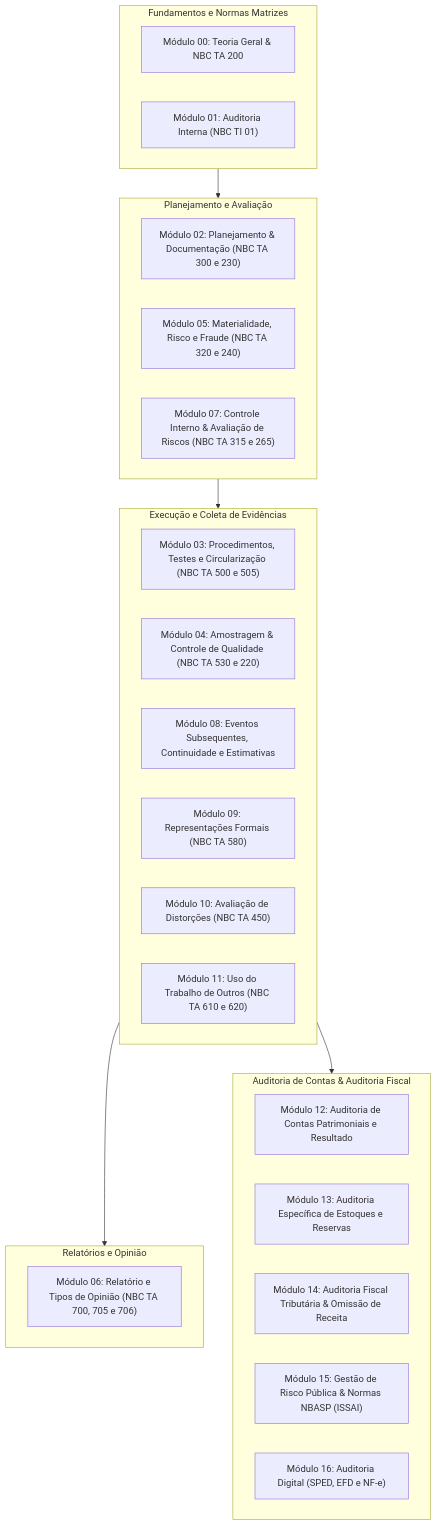
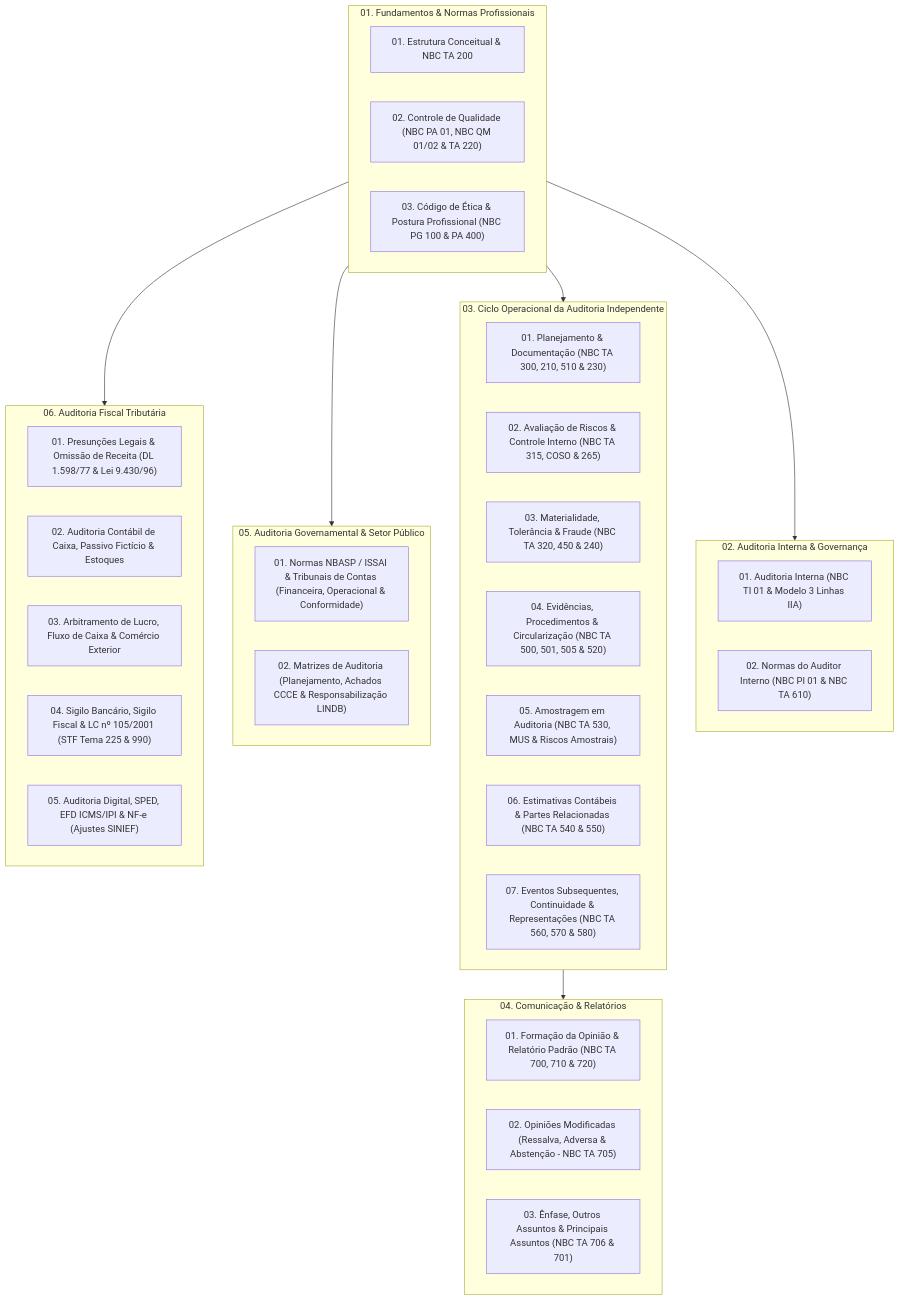
Before and after one commit to gilsonnogueira/OpenConcursos: the diagram in docs/19-auditoria/README.md, drawn with Mermaid. The commit also changed other lines of this file and 29 other files, not shown here.

````diff
--- a/docs/19-auditoria/README.md
+++ b/docs/19-auditoria/README.md
@@ -9,39 +11,48 @@
 ```mermaid
 flowchart TD
-    subgraph FUNDAMENTOS["Fundamentos e Normas Matrizes"]
-        M00["Módulo 00: Teoria Geral & NBC TA 200"]
-        M01["Módulo 01: Auditoria Interna (NBC TI 01)"]
+    subgraph P1["01. Fundamentos & Normas Profissionais"]
+        T01["01. Estrutura Conceitual & NBC TA 200"]
+        T02["02. Controle de Qualidade (NBC PA 01, NBC QM 01/02 & TA 220)"]
+        T03["03. Código de Ética & Postura Profissional (NBC PG 100 & PA 400)"]
     end
 
-    subgraph PLANEJAMENTO["Planejamento e Avaliação"]
-        M02["Módulo 02: Planejamento & Documentação (NBC TA 300 e 230)"]
-        M05["Módulo 05: Materialidade, Risco e Fraude (NBC TA 320 e 240)"]
-        M07["Módulo 07: Controle Interno & Avaliação de Riscos (NBC TA 315 e 265)"]
+    subgraph P2["02. Auditoria Interna & Governança"]
+        T04["01. Auditoria Interna (NBC TI 01 & Modelo 3 Linhas IIA)"]
+        T05["02. Normas do Auditor Interno (NBC PI 01 & NBC TA 610)"]
     end
 
-    subgraph EXECUCAO["Execução e Coleta de Evidências"]
-        M03["Módulo 03: Procedimentos, Testes e Circularização (NBC TA 500 e 505)"]
-        M04["Módulo 04: Amostragem & Controle de Qualidade (NBC TA 530 e 220)"]
-        M08["Módulo 08: Eventos Subsequentes, Continuidade e Estimativas"]
-        M09["Módulo 09: Representações Formais (NBC TA 580)"]
-        M10["Módulo 10: Avaliação de Distorções (NBC TA 450)"]
-        M11["Módulo 11: Uso do Trabalho de Outros (NBC TA 610 e 620)"]
+    subgraph P3["03. Ciclo Operacional da Auditoria Independente"]
+        T06["01. Planejamento & Documentação (NBC TA 300, 210, 510 & 230)"]
+        T07["02. Avaliação de Riscos & Controle Interno (NBC TA 315, COSO & 265)"]
+        T08["03. Materialidade, Tolerância & Fraude (NBC TA 320, 450 & 240)"]
+        T09["04. Evidências, Procedimentos & Circularização (NBC TA 500, 501, 505 & 520)"]
+        T10["05. Amostragem em Auditoria (NBC TA 530, MUS & Riscos Amostrais)"]
+        T11["06. Estimativas Contábeis & Partes Relacionadas (NBC TA 540 & 550)"]
+        T12["07. Eventos Subsequentes, Continuidade & Representações (NBC TA 560, 570 & 580)"]
     end
 
-    subgraph RELATORIOS["Relatórios e Opinião"]
-        M06["Módulo 06: Relatório e Tipos de Opinião (NBC TA 700, 705 e 706)"]
+    subgraph P4["04. Comunicação & Relatórios"]
+        T13["01. Formação da Opinião & Relatório Padrão (NBC TA 700, 710 & 720)"]
+        T14["02. Opiniões Modificadas (Ressalva, Adversa & Abstenção - NBC TA 705)"]
+        T15["03. Ênfase, Outros Assuntos & Principais Assuntos (NBC TA 706 & 701)"]
     end
 
-    subgraph APLICACOES["Auditoria de Contas & Auditoria Fiscal"]
-        M12["Módulo 12: Auditoria de Contas Patrimoniais e Resultado"]
-        M13["Módulo 13: Auditoria Específica de Estoques e Reservas"]
-        M14["Módulo 14: Auditoria Fiscal Tributária & Omissão de Receita"]
-        M15["Módulo 15: Gestão de Risco Pública & Normas NBASP (ISSAI)"]
-        M16["Módulo 16: Auditoria Digital (SPED, EFD e NF-e)"]
+    subgraph P5["05. Auditoria Governamental & Setor Público"]
+        T16["01. Normas NBASP / ISSAI & Tribunais de Contas (Financeira, Operacional & Conformidade)"]
+        T17["02. Matrizes de Auditoria (Planejamento, Achados CCCE & Responsabilização LINDB)"]
     end
 
-    FUNDAMENTOS --> PLANEJAMENTO
-    PLANEJAMENTO --> EXECUCAO
-    EXECUCAO --> RELATORIOS
-    EXECUCAO --> APLICACOES
+    subgraph P6["06. Auditoria Fiscal Tributária"]
+        T18["01. Presunções Legais & Omissão de Receita (DL 1.598/77 & Lei 9.430/96)"]
+        T19["02. Auditoria Contábil de Caixa, Passivo Fictício & Estoques"]
+        T20["03. Arbitramento de Lucro, Fluxo de Caixa & Comércio Exterior"]
+        T21["04. Sigilo Bancário, Sigilo Fiscal & LC nº 105/2001 (STF Tema 225 & 990)"]
+        T22["05. Auditoria Digital, SPED, EFD ICMS/IPI & NF-e (Ajustes SINIEF)"]
+    end
+
+    P1 --> P2
+    P1 --> P3
+    P3 --> P4
+    P1 --> P5
+    P1 --> P6
 ```
````
